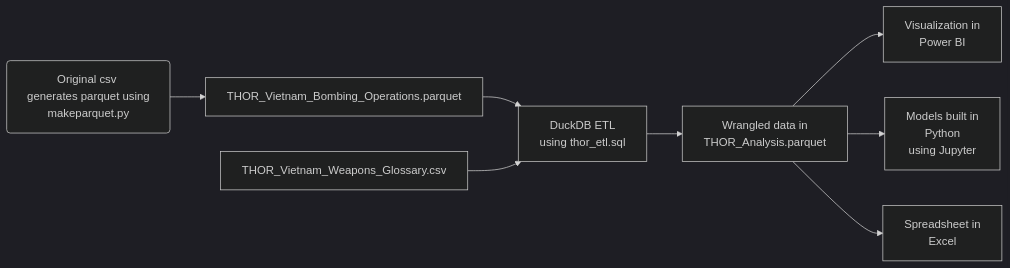
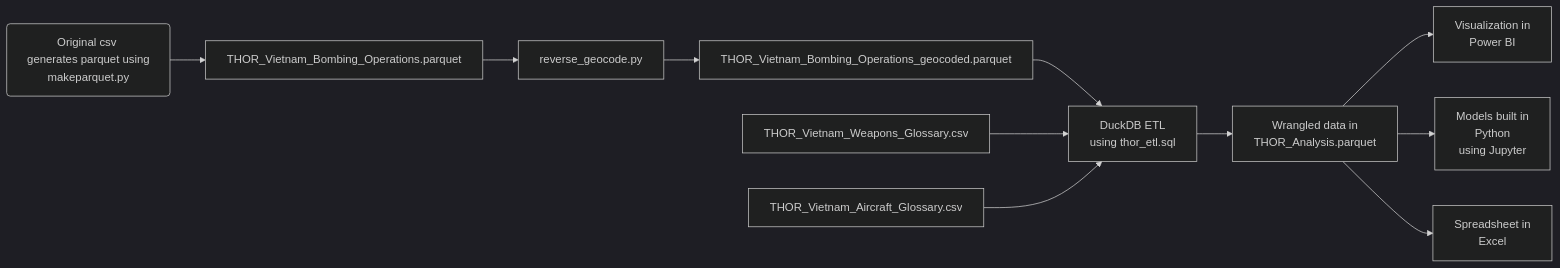
The diagram in README.md (ristotammela/thoranalytics), drawn with Mermaid (dark theme) before and after one commit.

Commit message:
Updated readme.md to contain geocoder.

````diff
--- a/README.md
+++ b/README.md
@@ -13,20 +13,26 @@
 ```mermaid
 flowchart LR
     original("Original csv <br/> generates parquet using makeparquet.py")
     raw["THOR_Vietnam_Bombing_Operations.parquet"]
-    glossary["THOR_Vietnam_Weapons_Glossary.csv"]
+    geocoder["reverse_geocode.py"]
+    geocoded["THOR_Vietnam_Bombing_Operations_geocoded.parquet"]
+    weapons["THOR_Vietnam_Weapons_Glossary.csv"]
+    aircraft["THOR_Vietnam_Aircraft_Glossary.csv"]
     etl["DuckDB ETL<br/> using thor_etl.sql"]
     output["Wrangled data in <br/>THOR_Analysis.parquet"]
     powerbi["Visualization in <br/>Power BI"]
     model["Models built in <br/>Python <br/> using Jupyter"]
     spreadsheet["Spreadsheet in <br/> Excel"]
 
     original --> raw
-    raw --> etl
-    glossary --> etl
+    raw --> geocoder
+    geocoder --> geocoded
+    geocoded --> etl
+    weapons --> etl
+    aircraft --> etl
     etl --> output
     output --> powerbi
     output --> model
     output--> spreadsheet
 
 ```
````
